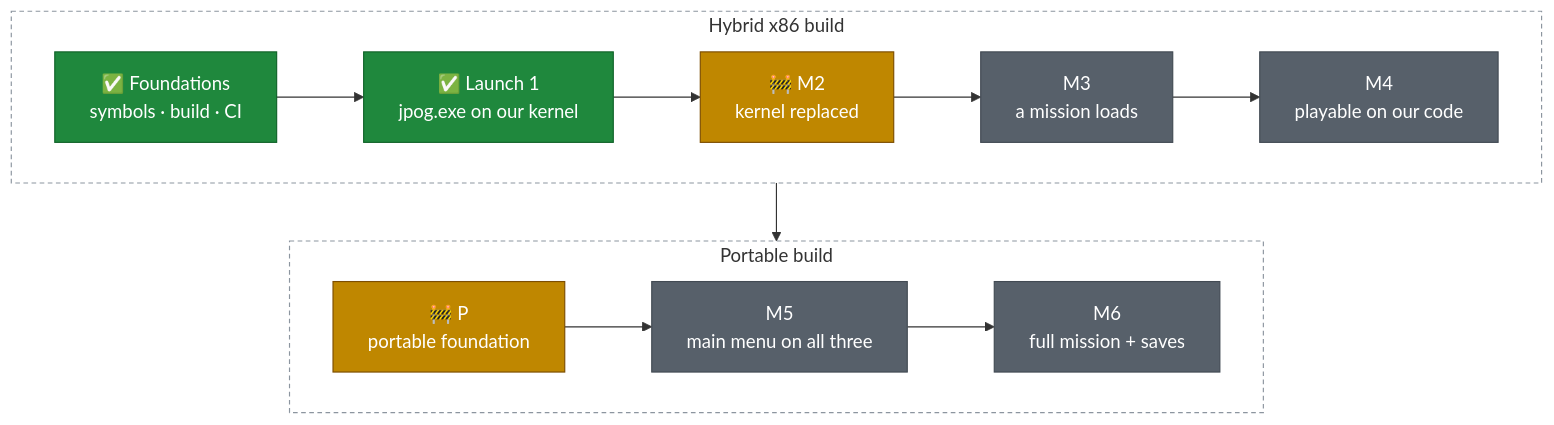
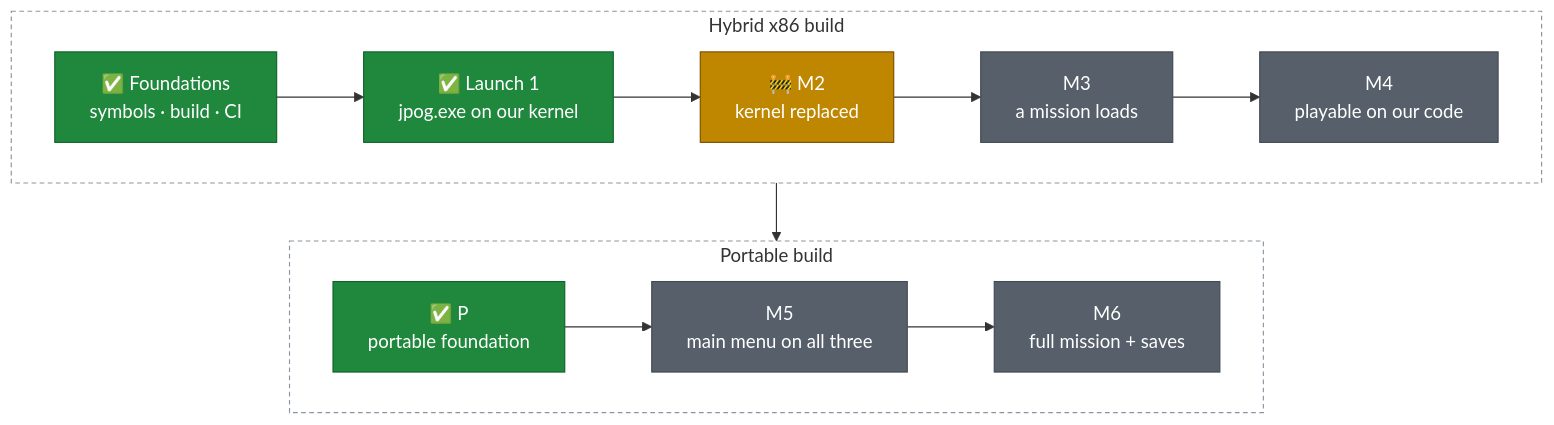
The diagram in README.md (Voikanaa/jpog-decomp), drawn with Mermaid before and after one commit. The commit also changed other lines of this file and 151 other files, not shown here.

````diff
--- a/README.md
+++ b/README.md
@@ -64,20 +64,20 @@
 ```mermaid
 flowchart TB
     subgraph X86["Hybrid x86 build"]
         direction LR
         F["✅ Foundations<br/>symbols · build · CI"] --> L1["✅ Launch 1<br/>jpog.exe on our kernel"] --> M2["🚧 M2<br/>kernel replaced"] --> M3["M3<br/>a mission loads"] --> M4["M4<br/>playable on our code"]
     end
     subgraph PORT["Portable build"]
         direction LR
-        P["🚧 P<br/>portable foundation"] --> M5["M5<br/>main menu on all three"] --> M6["M6<br/>full mission + saves"]
+        P["✅ P<br/>portable foundation"] --> M5["M5<br/>main menu on all three"] --> M6["M6<br/>full mission + saves"]
     end
     X86 --> PORT
     classDef done fill:#1f883d,stroke:#116329,color:#ffffff
     classDef wip fill:#bf8700,stroke:#7d4e00,color:#ffffff
     classDef todo fill:#57606a,stroke:#424a53,color:#ffffff
-    class F,L1 done
-    class M2,P wip
+    class F,L1,P done
+    class M2 wip
     class M3,M4,M5,M6 todo
     style X86 fill:transparent,stroke:#8c959f,stroke-dasharray:4 3
     style PORT fill:transparent,stroke:#8c959f,stroke-dasharray:4 3
 ```
````
